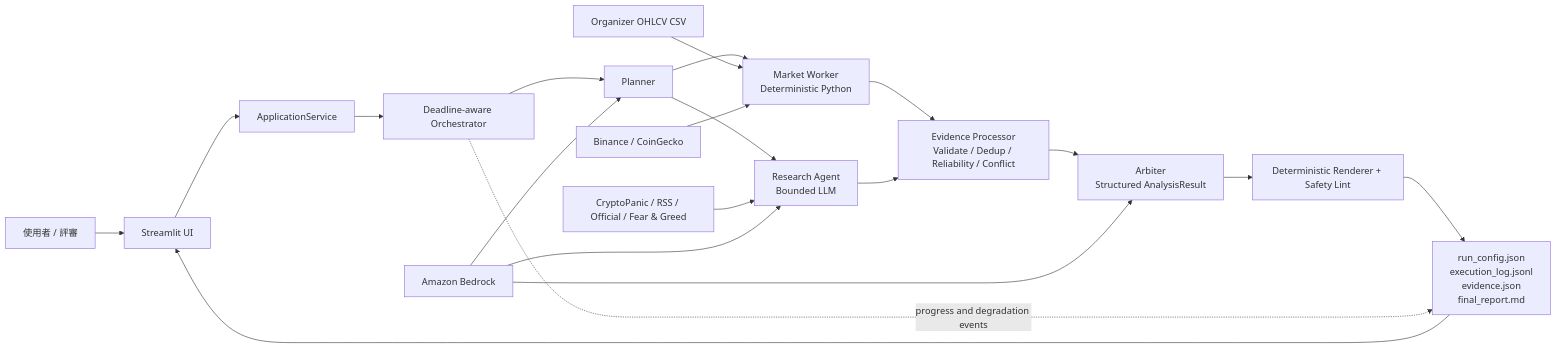
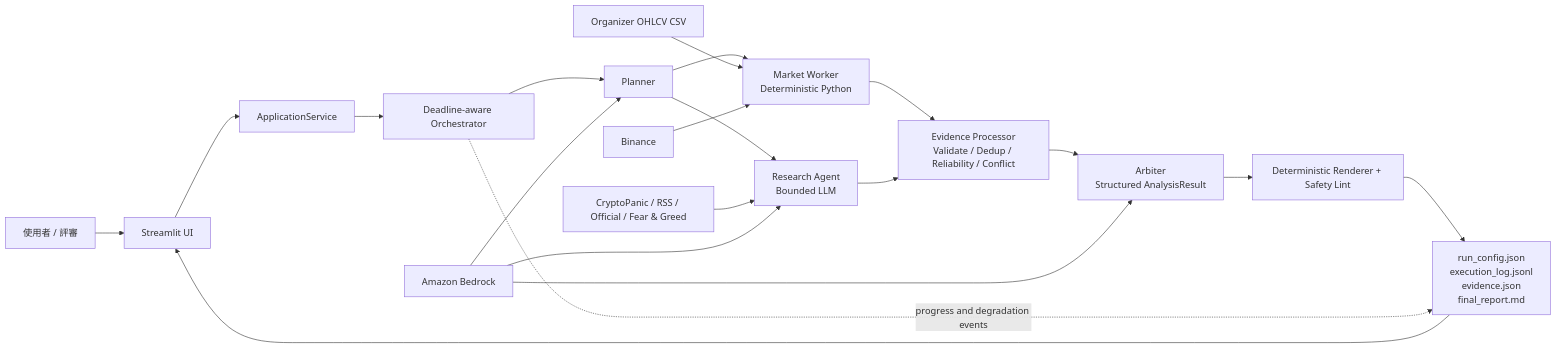
Before and after one commit to kevinzeroCode/hoya-bit-hackathon-agent: the first of 3 diagrams in docs/system-design.md, drawn with Mermaid. The commit also changed other lines of this file and 2 other files, not shown here.

First line of the commit message:
docs: add the agent architecture diagram and correct the CoinGecko fallback claim

````diff
--- a/docs/system-design.md
+++ b/docs/system-design.md
@@ -175,22 +175,22 @@
 ```mermaid
 flowchart LR
     User["使用者 / 評審"] --> UI["Streamlit UI"]
     UI --> App["ApplicationService"]
     App --> Orch["Deadline-aware Orchestrator"]
     Orch --> Planner["Planner"]
     Planner --> Market["Market Worker<br/>Deterministic Python"]
     Planner --> Research["Research Agent<br/>Bounded LLM"]
     CSV["Organizer OHLCV CSV"] --> Market
-    Live["Binance / CoinGecko"] --> Market
+    Live["Binance"] --> Market
     News["CryptoPanic / RSS / Official / Fear & Greed"] --> Research
     Bedrock["Amazon Bedrock"] --> Planner
     Bedrock --> Research
     Market --> Evidence["Evidence Processor<br/>Validate / Dedup / Reliability / Conflict"]
     Research --> Evidence
     Evidence --> Arbiter["Arbiter<br/>Structured AnalysisResult"]
     Bedrock --> Arbiter
     Arbiter --> Renderer["Deterministic Renderer + Safety Lint"]
     Renderer --> Artifacts["run_config.json<br/>execution_log.jsonl<br/>evidence.json<br/>final_report.md"]
     Orch -. "progress and degradation events" .-> Artifacts
     Artifacts --> UI
 ```
````
